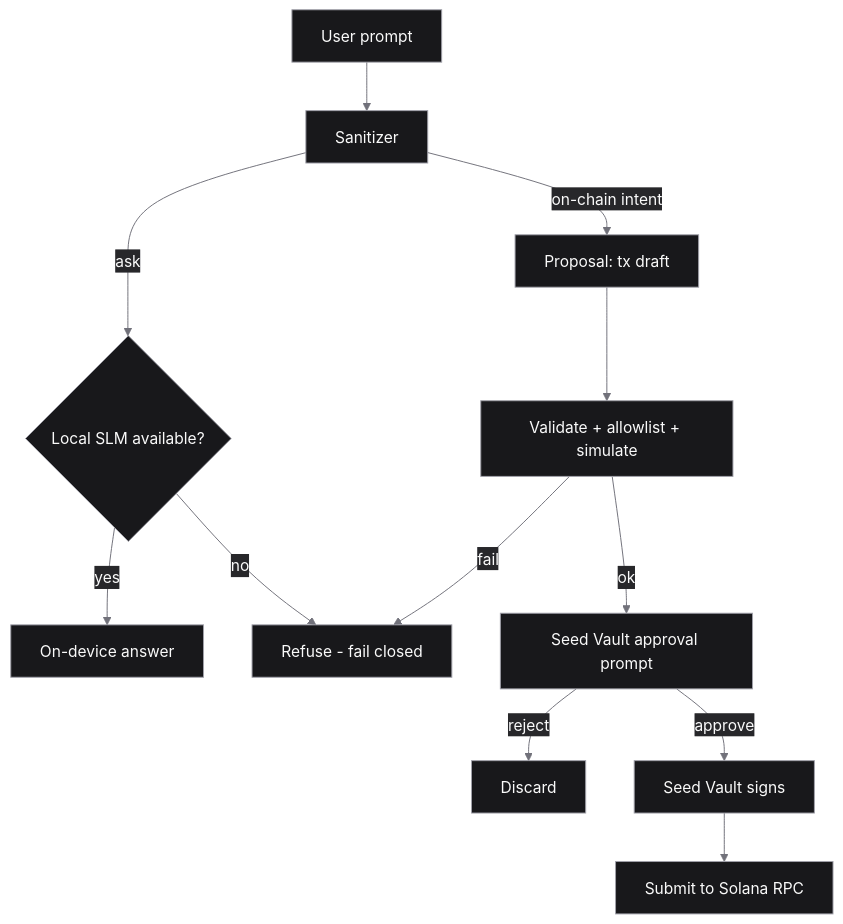
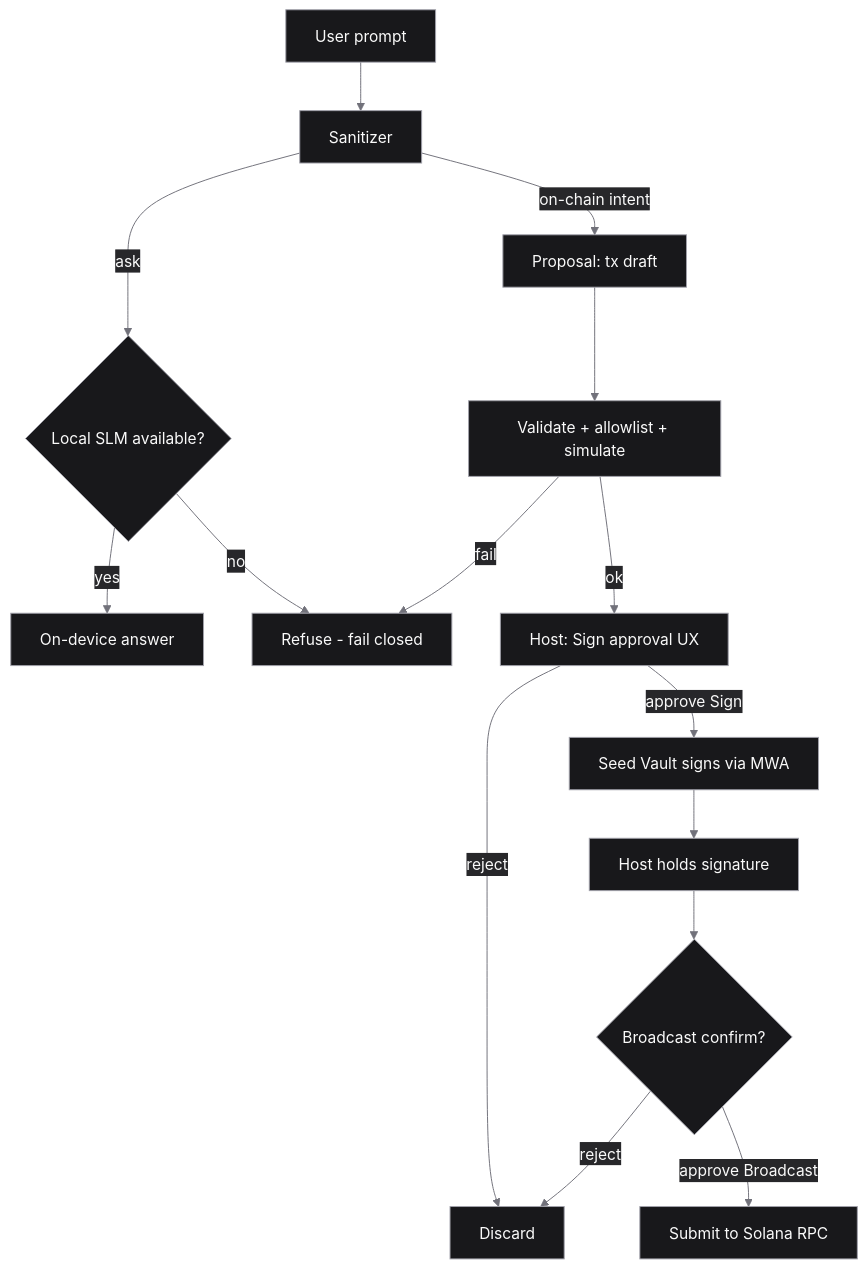
The diagram in docs/ARCHITECTURE.md (9lordisgod/salomon-solana), drawn with Mermaid before and after one commit. The commit also changed other lines of this file and 3 other files, not shown here.

First line of the commit message:
docs: STATUS for SV-0 + ARCHITECTURE sign≠broadcast (Lead M3 lock)

````diff
--- a/docs/ARCHITECTURE.md
+++ b/docs/ARCHITECTURE.md
@@ -10,15 +10,18 @@
 ```mermaid
 %%{init: {'theme':'base','themeVariables':{'primaryColor':'#18181b','primaryTextColor':'#fafafa','primaryBorderColor':'#a1a1aa','lineColor':'#71717a','secondaryColor':'#27272a','tertiaryColor':'#3f3f46','fontFamily':'monospace'}}}%%
 flowchart TD
   U[User prompt] --> S[Sanitizer]
   S -->|ask| L{Local SLM available?}
   L -->|yes| A[On-device answer]
   L -->|no| R[Refuse - fail closed]
   S -->|on-chain intent| P[Proposal: tx draft]
   P --> V[Validate + allowlist + simulate]
   V -->|fail| R
-  V -->|ok| SV[Seed Vault approval prompt]
-  SV -->|reject| X[Discard]
-  SV -->|approve| SIGN[Seed Vault signs]
-  SIGN --> RPC[Submit to Solana RPC]
+  V -->|ok| AP[Host: Sign approval UX]
+  AP -->|reject| X[Discard]
+  AP -->|approve Sign| SV[Seed Vault signs via MWA]
+  SV --> H[Host holds signature]
+  H --> BC{Broadcast confirm?}
+  BC -->|reject| X
+  BC -->|approve Broadcast| RPC[Submit to Solana RPC]
 ```
````
